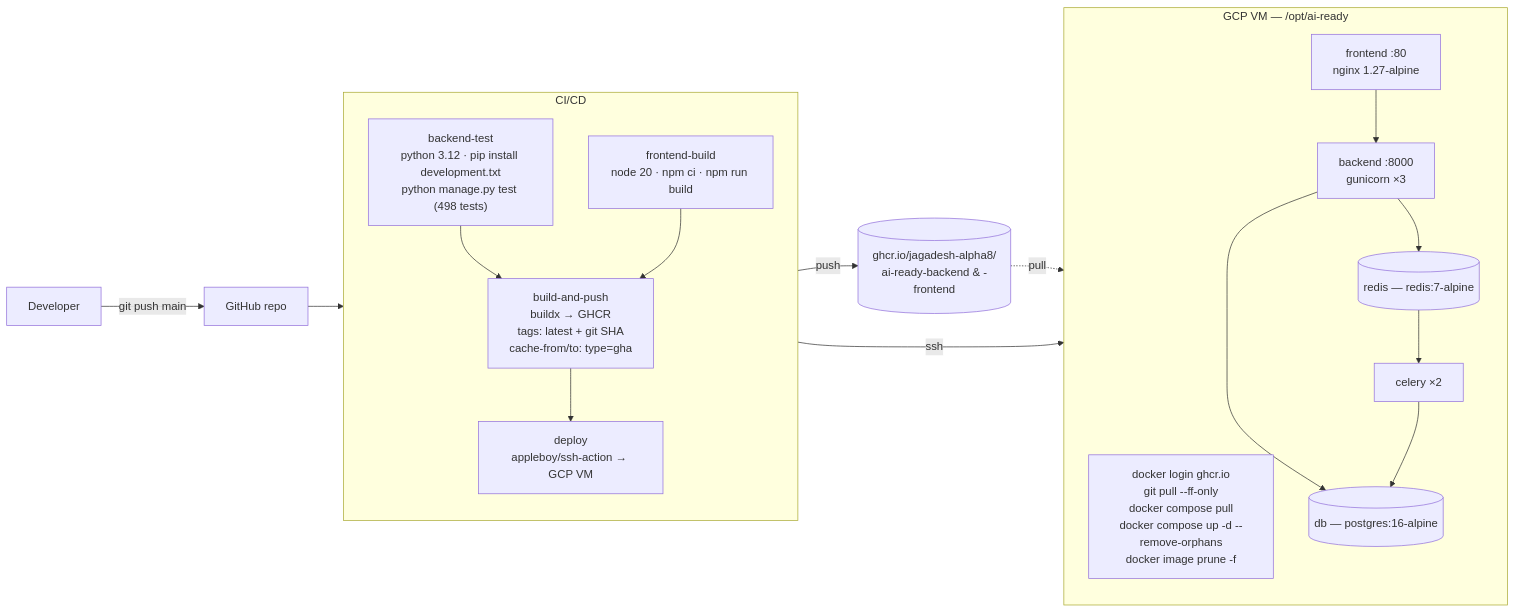
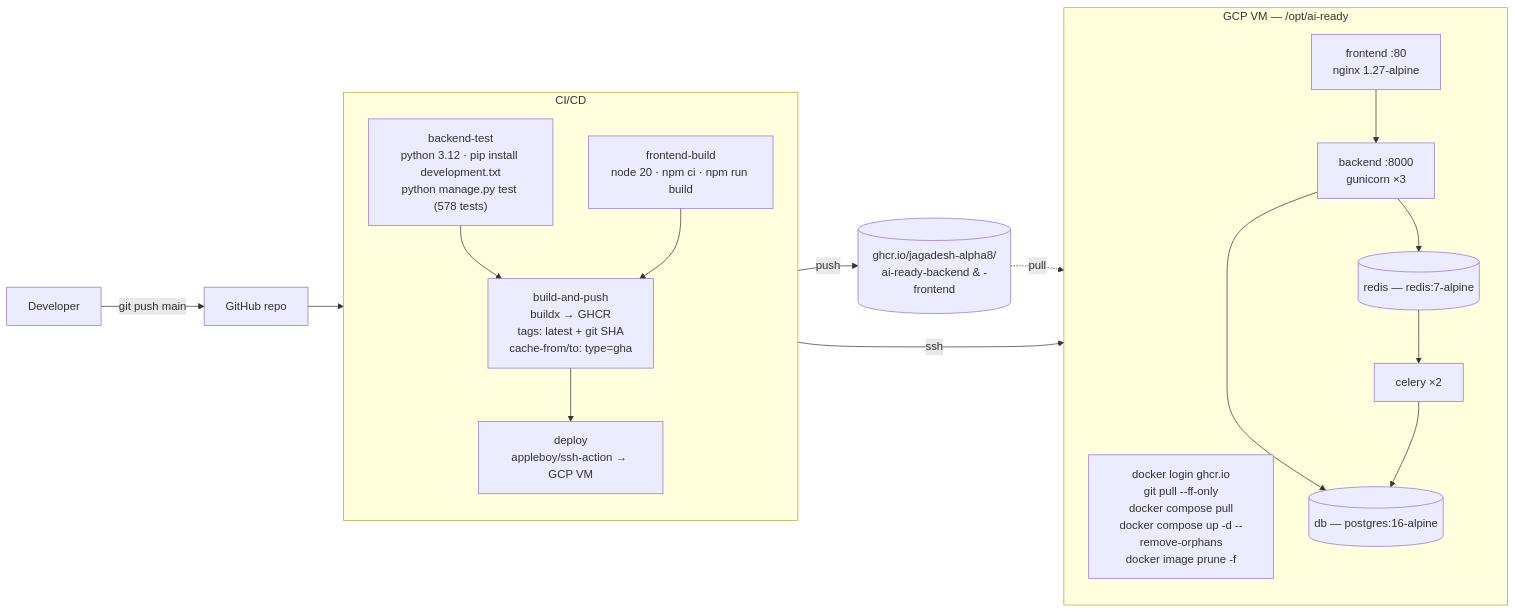
Diagram 17 of 19 in PROJECT_WORKFLOW_AND_TECHNICAL_REPORT.md (jagadesh-alpha8/AI-READY), drawn with Mermaid before and after one commit. The commit also changed other lines of this file and 37 other files, not shown here.

````diff
--- a/PROJECT_WORKFLOW_AND_TECHNICAL_REPORT.md
+++ b/PROJECT_WORKFLOW_AND_TECHNICAL_REPORT.md
@@ -2251,36 +2525,36 @@
 ```mermaid
 flowchart LR
     DEV["Developer"] -->|"git push main"| GH["GitHub repo"]
     GH --> CI["GitHub Actions — .github/workflows/ci-cd.yml"]
 
     subgraph CI["CI/CD"]
         direction TB
-        T1["backend-test<br/>python 3.12 · pip install development.txt<br/>python manage.py test (498 tests)"]
+        T1["backend-test<br/>python 3.12 · pip install development.txt<br/>python manage.py test (578 tests)"]
         T2["frontend-build<br/>node 20 · npm ci · npm run build"]
         T3["build-and-push<br/>buildx → GHCR<br/>tags: latest + git SHA<br/>cache-from/to: type=gha"]
         T4["deploy<br/>appleboy/ssh-action → GCP VM"]
         T1 --> T3
         T2 --> T3
         T3 --> T4
     end
 
     T3 -->|"push"| GHCR[("ghcr.io/jagadesh-alpha8/<br/>ai-ready-backend & -frontend")]
     T4 -->|"ssh"| VM
 
     subgraph VM["GCP VM — /opt/ai-ready"]
         direction TB
         CMD["docker login ghcr.io<br/>git pull --ff-only<br/>docker compose pull<br/>docker compose up -d --remove-orphans<br/>docker image prune -f"]
         NGX["frontend :80<br/>nginx 1.27-alpine"]
         BE["backend :8000<br/>gunicorn ×3"]
         CEL["celery ×2"]
         PG[("db — postgres:16-alpine")]
         RD[("redis — redis:7-alpine")]
     end
 
     GHCR -.->|"pull"| VM
     NGX --> BE
     BE --> PG
     BE --> RD
     RD --> CEL
     CEL --> PG
 ```
````
